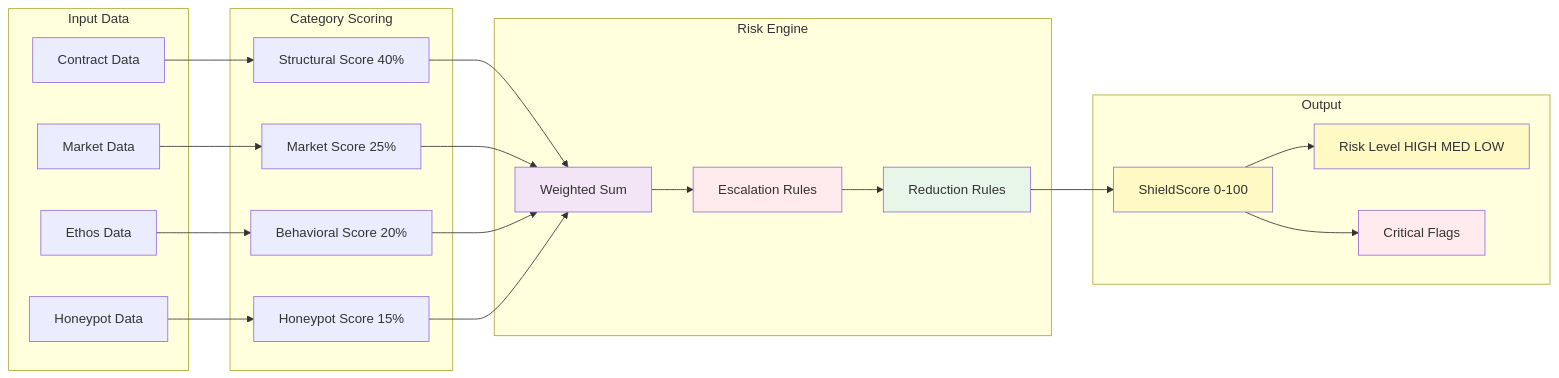
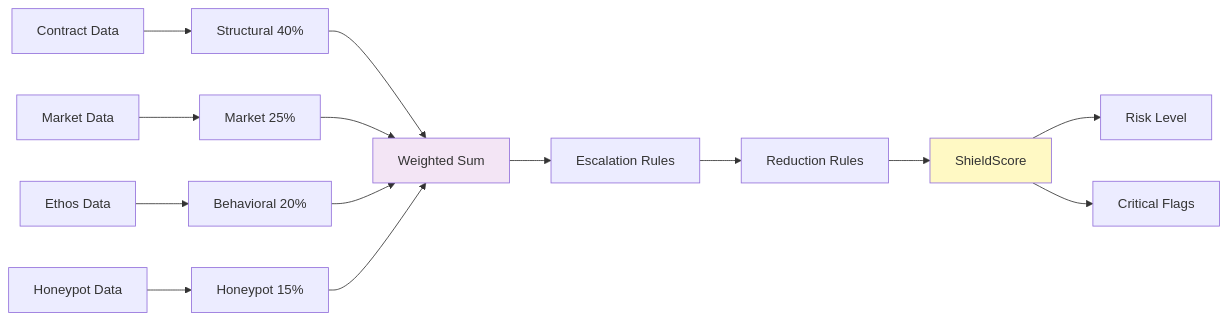
The third of 6 diagrams in docs/ARCHITECTURE_DIAGRAM.md (Ridwannurudeen/shieldbot), drawn with Mermaid before and after one commit. The commit also changed other lines of this file, not shown here.

Commit message:
Simplify Mermaid diagrams for GitHub compatibility

````diff
--- a/docs/ARCHITECTURE_DIAGRAM.md
+++ b/docs/ARCHITECTURE_DIAGRAM.md
@@ -148,51 +93,21 @@
 ```mermaid
-graph LR
-    subgraph "Input Data"
-        A1[Contract Data]
-        A2[Honeypot Data]
-        A3[Market Data]
-        A4[Ethos Data]
-    end
+flowchart LR
+    A1[Contract Data] --> B1[Structural 40%]
+    A2[Honeypot Data] --> B4[Honeypot 15%]
+    A3[Market Data] --> B2[Market 25%]
+    A4[Ethos Data] --> B3[Behavioral 20%]
 
-    subgraph "Category Scoring"
-        B1[Structural Score 40%]
-        B2[Market Score 25%]
-        B3[Behavioral Score 20%]
-        B4[Honeypot Score 15%]
-    end
-
-    subgraph "Risk Engine"
-        C[Weighted Sum]
-        D[Escalation Rules]
-        E[Reduction Rules]
-    end
-
-    subgraph "Output"
-        F[ShieldScore 0-100]
-        G[Risk Level HIGH MED LOW]
-        H[Critical Flags]
-    end
-
-    A1 --> B1
-    A3 --> B2
-    A4 --> B3
-    A2 --> B4
-
-    B1 --> C
+    B1 --> C[Weighted Sum]
     B2 --> C
     B3 --> C
     B4 --> C
 
-    C --> D
-    D --> E
-    E --> F
-    F --> G
-    F --> H
+    C --> D[Escalation Rules]
+    D --> E[Reduction Rules]
+    E --> F[ShieldScore]
+    F --> G[Risk Level]
+    F --> H[Critical Flags]
 
     style C fill:#f3e5f5
-    style D fill:#ffebee
-    style E fill:#e8f5e9
     style F fill:#fff9c4
-    style G fill:#fff9c4
-    style H fill:#ffebee
 ```
````
